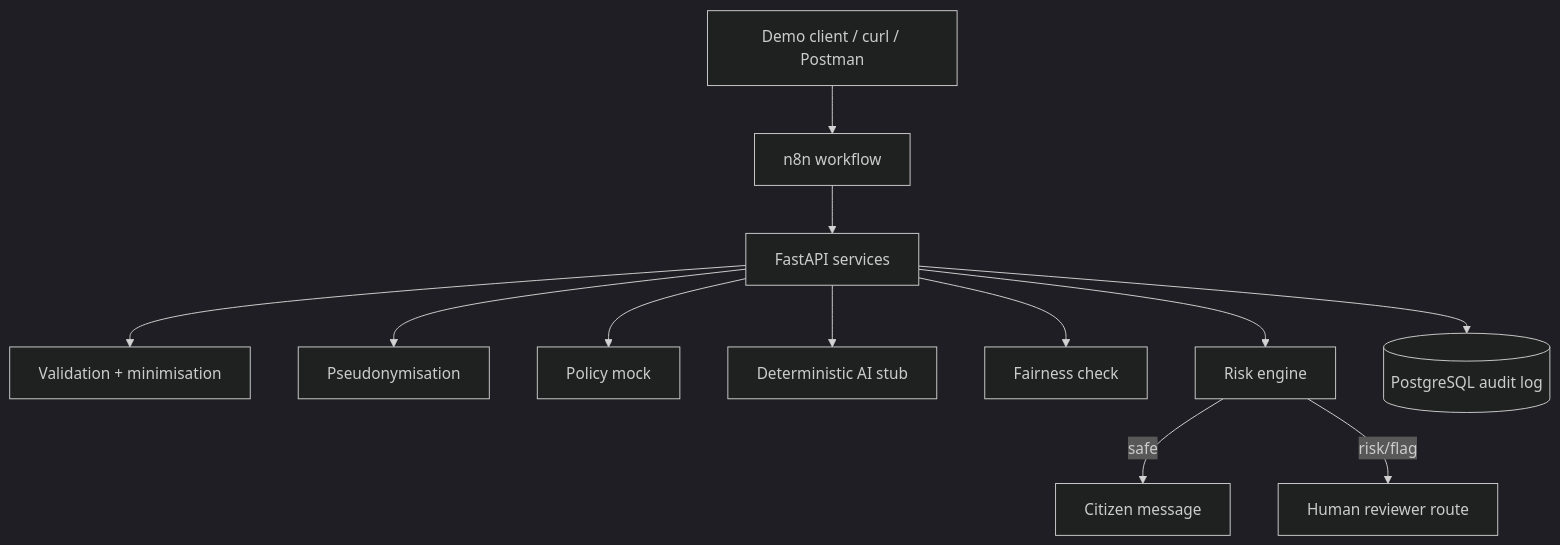
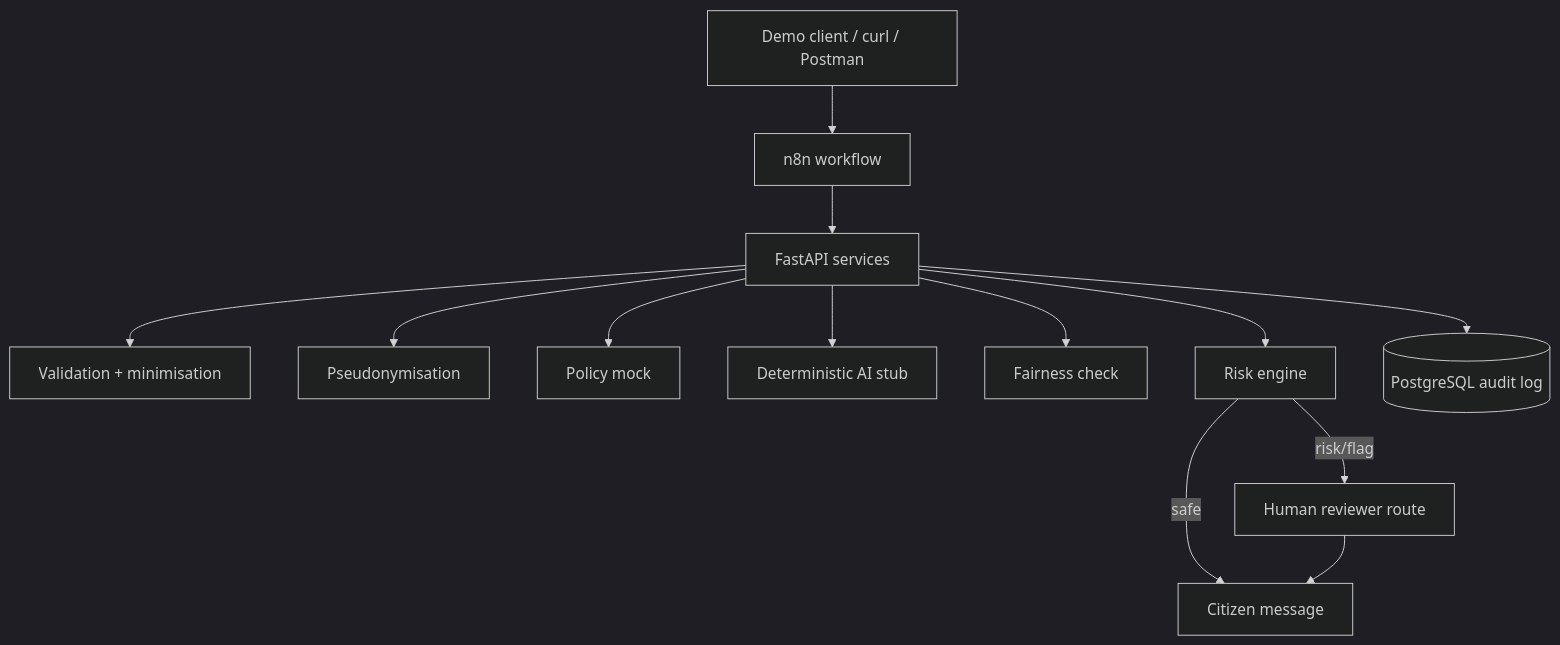
One commit to 200529-Hugo/inno-3-ai changed the second of 2 diagrams in docs/07-bpmn-and-architecture.md. Above: the diagram before and after it, drawn with Mermaid (dark theme). The commit also changed other lines of this file and 14 other files, not shown here.

````diff
--- a/docs/07-bpmn-and-architecture.md
+++ b/docs/07-bpmn-and-architecture.md
@@ -27,14 +29,15 @@
 ```mermaid
 flowchart TB
     Client[Demo client / curl / Postman] --> N8N[n8n workflow]
     N8N --> API[FastAPI services]
     API --> VAL[Validation + minimisation]
     API --> PSEU[Pseudonymisation]
     API --> POL[Policy mock]
     API --> AI[Deterministic AI stub]
     API --> FAIR[Fairness check]
     API --> RISK[Risk engine]
     API --> DB[(PostgreSQL audit log)]
     RISK -->|safe| MSG[Citizen message]
     RISK -->|risk/flag| HUMAN[Human reviewer route]
+    HUMAN --> MSG
 ```
````
